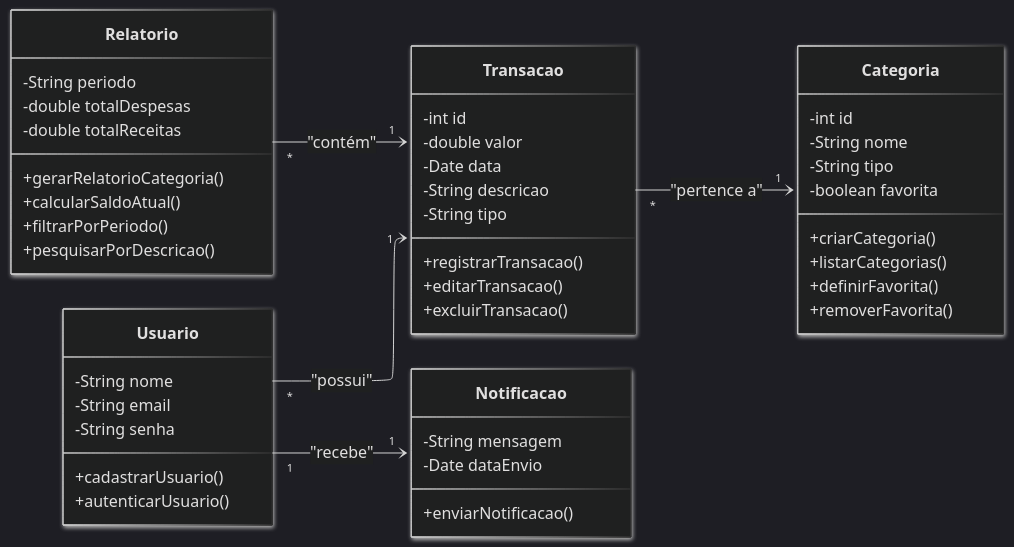
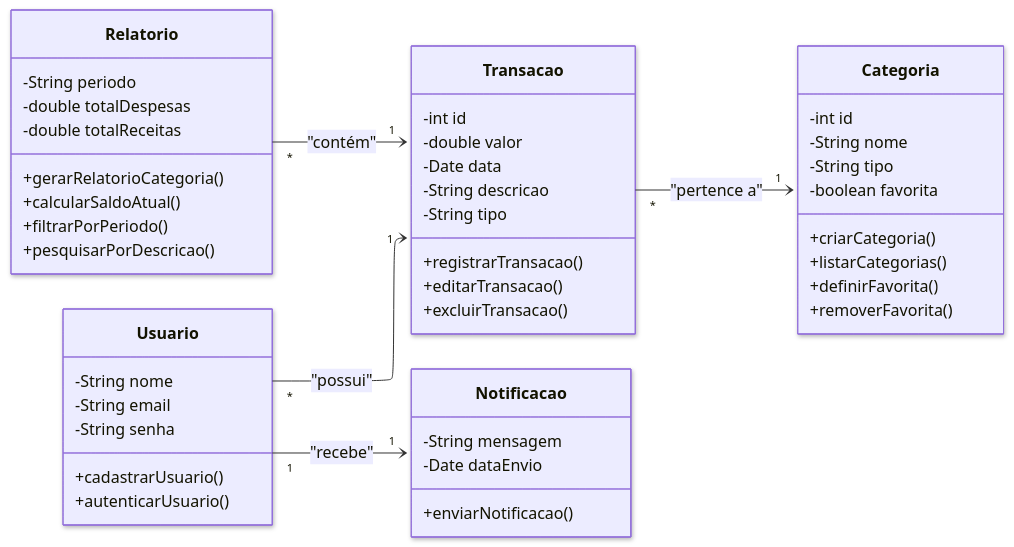
One commit to jvgfons/FinanceFlow-PDSI-IFSP changed the diagram in src/classes.mmd. Above: the diagram before and after it, drawn with Mermaid. The commit also changed 2 other files, not shown here.

Commit message:
Adionado página da semana 3 - Diagrama de classes

```diff
--- a/src/classes.mmd
+++ b/src/classes.mmd
@@ -1,56 +1,56 @@
 ---
 config:
   layout: elk
   look: neo
-  theme: dark
+  
 ---
 classDiagram
 direction LR
     class Relatorio {
         -String periodo
         -double totalDespesas
         -double totalReceitas
         +gerarRelatorioCategoria()
         +calcularSaldoAtual()
         +filtrarPorPeriodo()
         +pesquisarPorDescricao()
     }
     class Usuario {
 	    -String nome
 	    -String email
 	    -String senha
 	    +cadastrarUsuario()
 	    +autenticarUsuario()
     }
     class Transacao {
 	    -int id
 	    -double valor
 	    -Date data
 	    -String descricao
 	    -String tipo
 	    +registrarTransacao()
 	    +editarTransacao()
 	    +excluirTransacao()
     }
     class Categoria {
         -int id
         -String nome
         -String tipo
         -boolean favorita
         +criarCategoria()
         +listarCategorias()
         +definirFavorita()
         +removerFavorita()
     }
     class Notificacao {
 	    -String mensagem
 	    -Date dataEnvio
 	    +enviarNotificacao()
     }
 
     
 
     Usuario "*" --> "1" Transacao : "possui"
     Relatorio "*" --> "1" Transacao : "contém"
     Transacao "*" --> "1" Categoria : "pertence a"
     Usuario "1" --> "1" Notificacao : "recebe"
```
